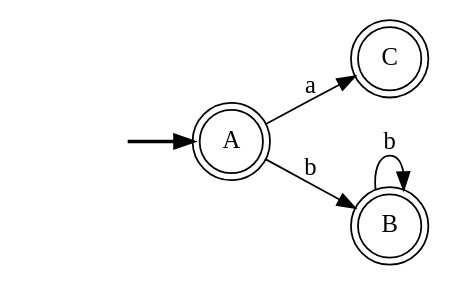
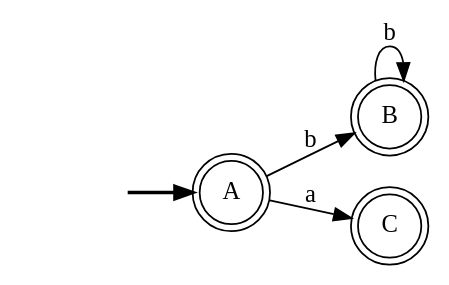
Before and after one commit to gusmendez99/pld-project-1: the diagram in renders/DFA.gv, drawn with Graphviz. The commit also changed other lines of this file and 6 other files, not shown here.

```diff
--- a/renders/DFA.gv
+++ b/renders/DFA.gv
@@ -1,11 +1,11 @@
 digraph {
 	fake [style=invisible]
+	B [shape=doublecircle]
 	C [shape=doublecircle]
 	A [root=true shape=doublecircle]
-	B [shape=doublecircle]
 	fake -> A [style=bold]
 	A -> B [label=b]
 	B -> B [label=b]
 	A -> C [label=a]
 	rankdir=LR
 }
```
